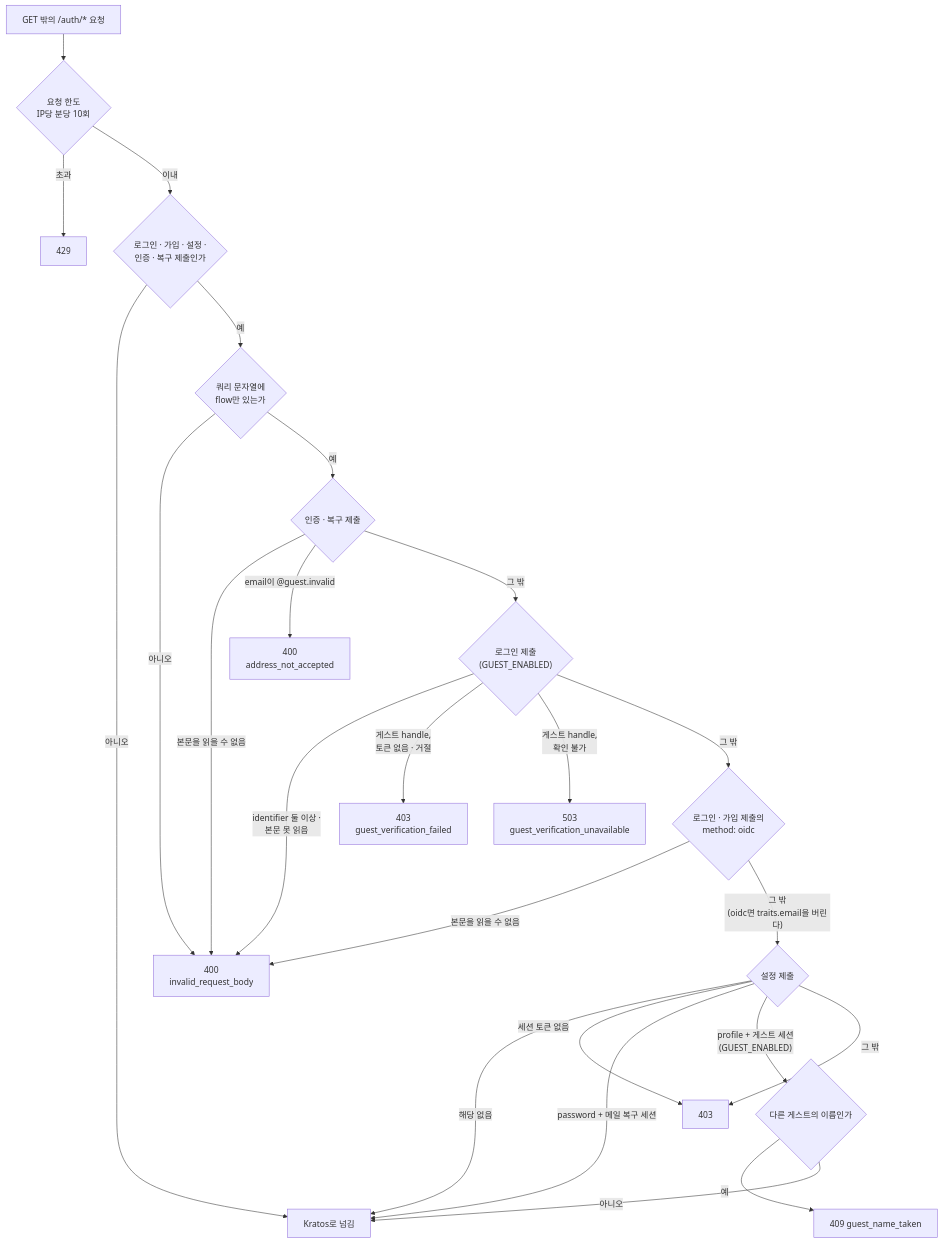
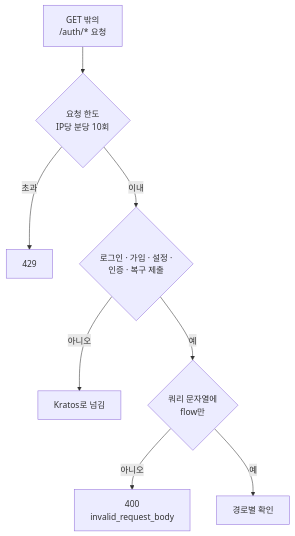
The tenth of 12 diagrams in docs/guides/guest.ko.md (onprem-hipster-timer/backend), drawn with Mermaid before and after one commit. The commit also changed other lines of this file, not shown here.

Commit message:
docs(guest): /auth 프록시 판정을 공통 단계, 경로별 표, 로그인·설정 제출 그림으로 나눈다

````diff
--- a/docs/guides/guest.ko.md
+++ b/docs/guides/guest.ko.md
@@ -563,26 +565,10 @@
 ```mermaid
 flowchart TD
-    A["GET 밖의 /auth/* 요청"] --> RL{"요청 한도<br/>IP당 분당 10회"}
+    A["GET 밖의<br/>/auth/* 요청"] --> RL{"요청 한도<br/>IP당 분당 10회"}
     RL -->|"초과"| R429["429"]
-    RL -->|"이내"| Q{"로그인 · 가입 · 설정 ·<br/>인증 · 복구 제출인가"}
+    RL -->|"이내"| Q{"로그인 · 가입 · 설정 ·<br/>인증 · 복구 제출"}
     Q -->|"아니오"| FWD["Kratos로 넘김"]
-    Q -->|"예"| QS{"쿼리 문자열에<br/>flow만 있는가"}
-    QS -->|"아니오"| R400a["400<br/>invalid_request_body"]
-    QS -->|"예"| AD{"인증 · 복구 제출"}
-    AD -->|"본문을 읽을 수 없음"| R400a
-    AD -->|"email이 @guest.invalid"| R400b["400<br/>address_not_accepted"]
-    AD -->|"그 밖"| GL{"로그인 제출<br/>(GUEST_ENABLED)"}
-    GL -->|"identifier 둘 이상 ·<br/>본문 못 읽음"| R400a
-    GL -->|"게스트 handle,<br/>토큰 없음 · 거절"| R403g["403<br/>guest_verification_failed"]
-    GL -->|"게스트 handle,<br/>확인 불가"| R503["503<br/>guest_verification_unavailable"]
-    GL -->|"그 밖"| OI{"로그인 · 가입 제출의<br/>method: oidc"}
-    OI -->|"본문을 읽을 수 없음"| R400a
-    OI -->|"그 밖<br/>(oidc면 traits.email을 버린다)"| ST{"설정 제출"}
-    ST -->|"해당 없음"| FWD
-    ST -->|"세션 토큰 없음"| R403["403"]
-    ST -->|"password + 메일 복구 세션"| FWD
-    ST -->|"profile + 게스트 세션<br/>(GUEST_ENABLED)"| NM{"다른 게스트의 이름인가"}
-    ST -->|"그 밖"| R403
-    NM -->|"예"| R409["409 guest_name_taken"]
-    NM -->|"아니오"| FWD
+    Q -->|"예"| QS{"쿼리 문자열에<br/>flow만"}
+    QS -->|"아니오"| R400["400<br/>invalid_request_body"]
+    QS -->|"예"| NEXT["경로별 확인"]
 ```
````
